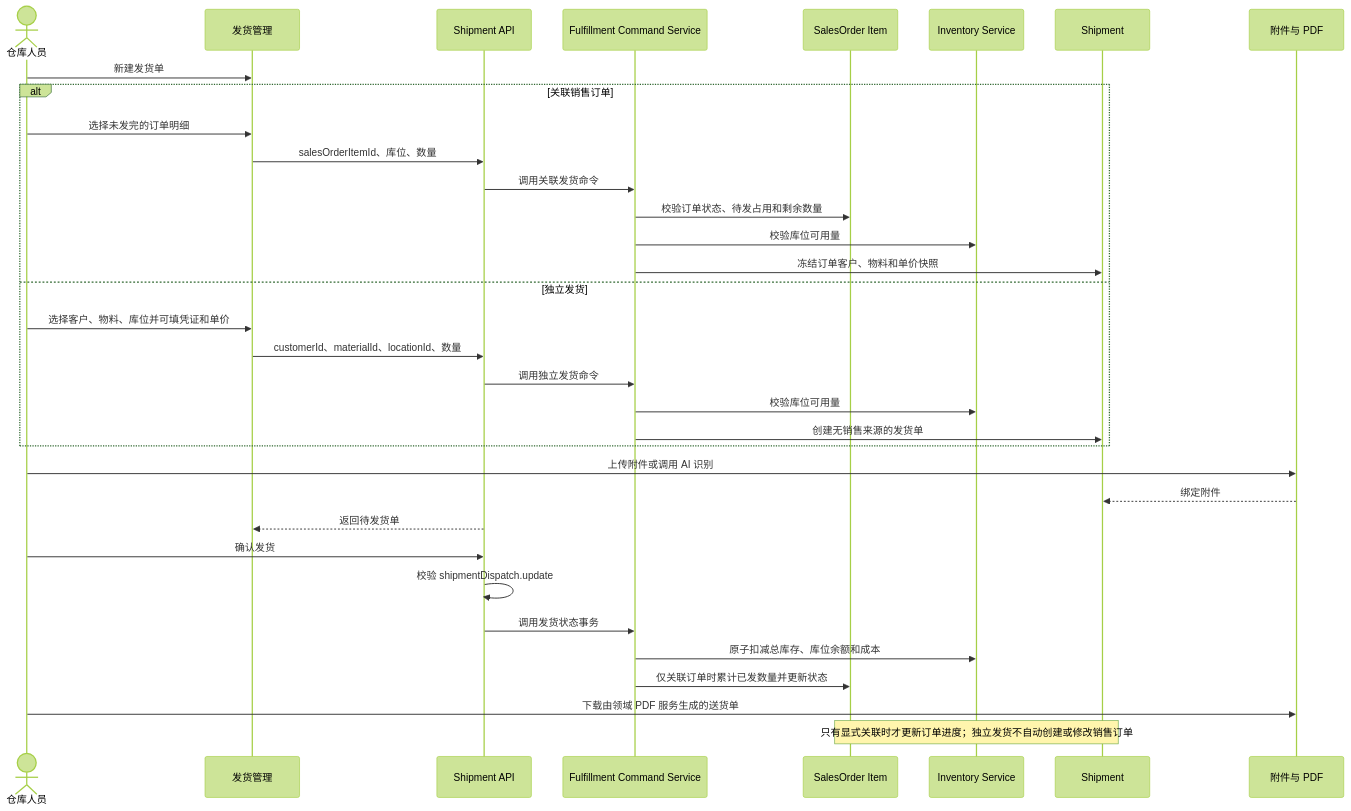
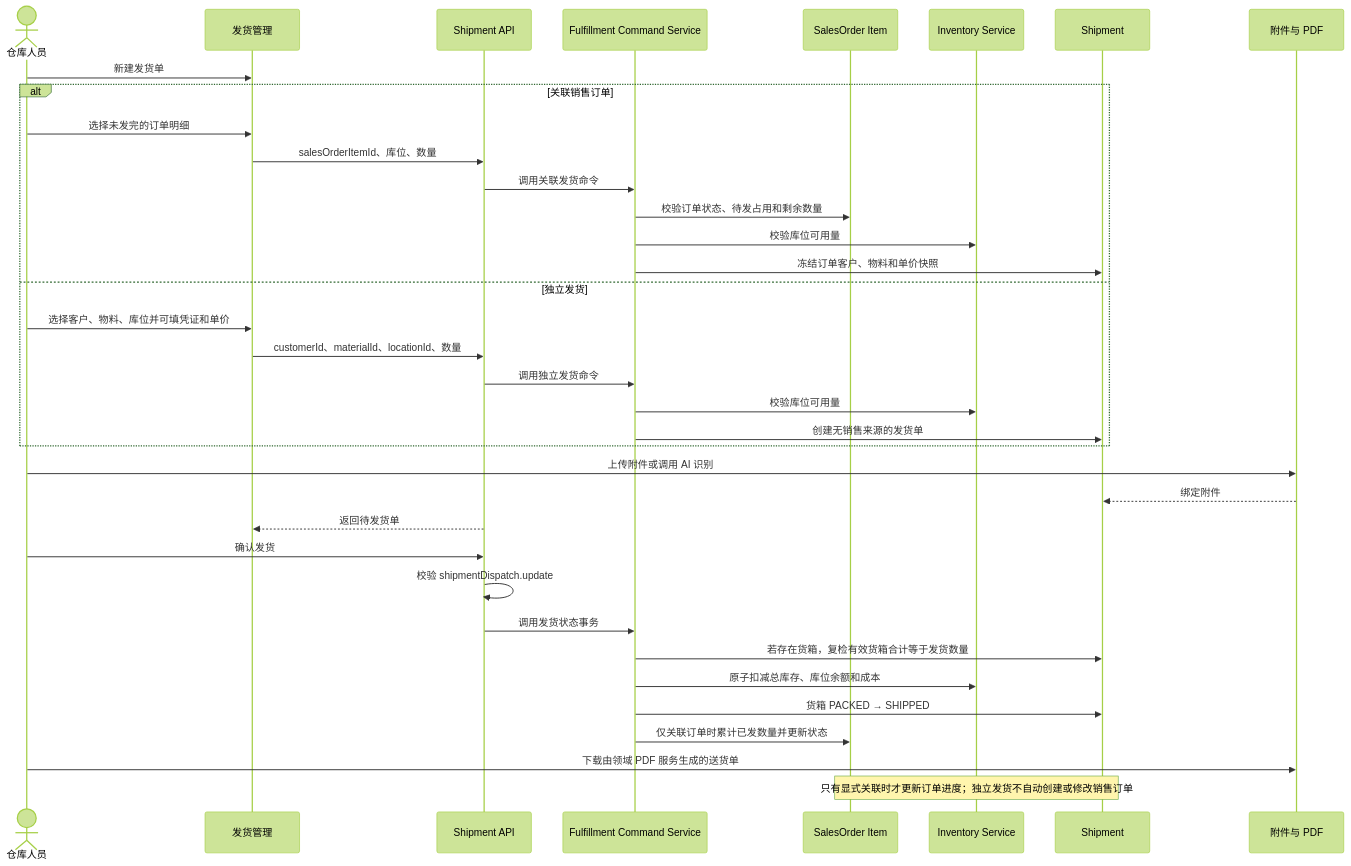
Diagram 12 of 28 in docs/architecture/系统时序图.md (goldf2/mes-lite), drawn with Mermaid (forest theme) before and after one commit. The commit also changed other lines of this file and 53 other files, not shown here.

````diff
--- a/docs/architecture/系统时序图.md
+++ b/docs/architecture/系统时序图.md
@@ -388,38 +388,40 @@
 ```mermaid
 sequenceDiagram
   actor U as 仓库人员
   participant UI as 发货管理
   participant API as Shipment API
   participant C as Fulfillment Command Service
   participant SO as SalesOrder Item
   participant I as Inventory Service
   participant S as Shipment
   participant F as 附件与 PDF
 
   U->>UI: 新建发货单
   alt 关联销售订单
     U->>UI: 选择未发完的订单明细
     UI->>API: salesOrderItemId、库位、数量
     API->>C: 调用关联发货命令
     C->>SO: 校验订单状态、待发占用和剩余数量
     C->>I: 校验库位可用量
     C->>S: 冻结订单客户、物料和单价快照
   else 独立发货
     U->>UI: 选择客户、物料、库位并可填凭证和单价
     UI->>API: customerId、materialId、locationId、数量
     API->>C: 调用独立发货命令
     C->>I: 校验库位可用量
     C->>S: 创建无销售来源的发货单
   end
   U->>F: 上传附件或调用 AI 识别
   F-->>S: 绑定附件
   API-->>UI: 返回待发货单
   U->>API: 确认发货
   API->>API: 校验 shipmentDispatch.update
   API->>C: 调用发货状态事务
+  C->>S: 若存在货箱，复检有效货箱合计等于发货数量
   C->>I: 原子扣减总库存、库位余额和成本
+  C->>S: 货箱 PACKED → SHIPPED
   C->>SO: 仅关联订单时累计已发数量并更新状态
   U->>F: 下载由领域 PDF 服务生成的送货单
 
   Note over S,SO: 只有显式关联时才更新订单进度；独立发货不自动创建或修改销售订单
 ```
````
